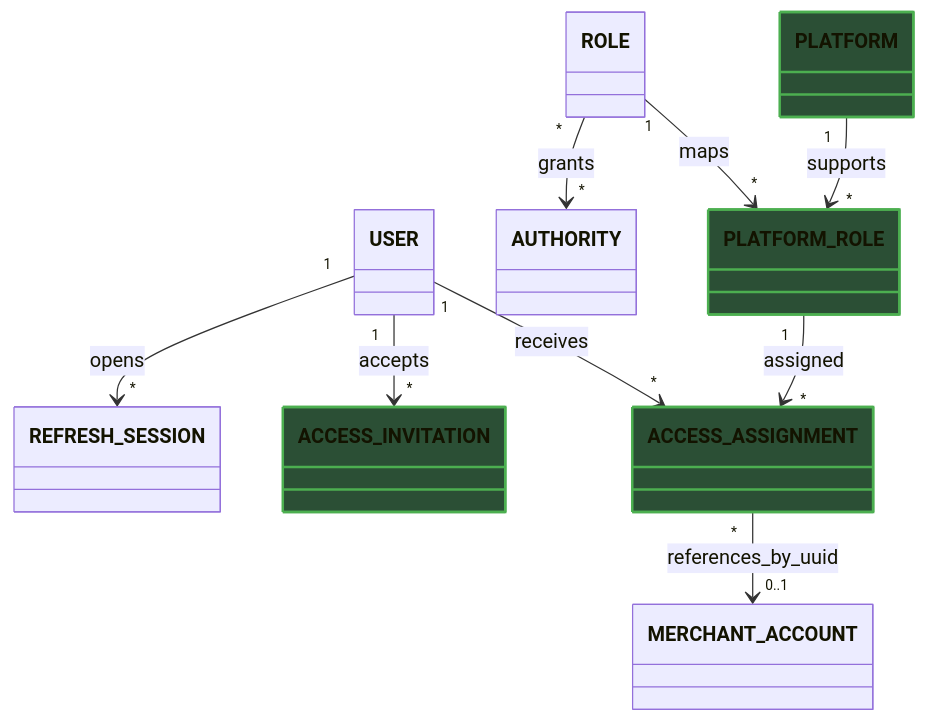
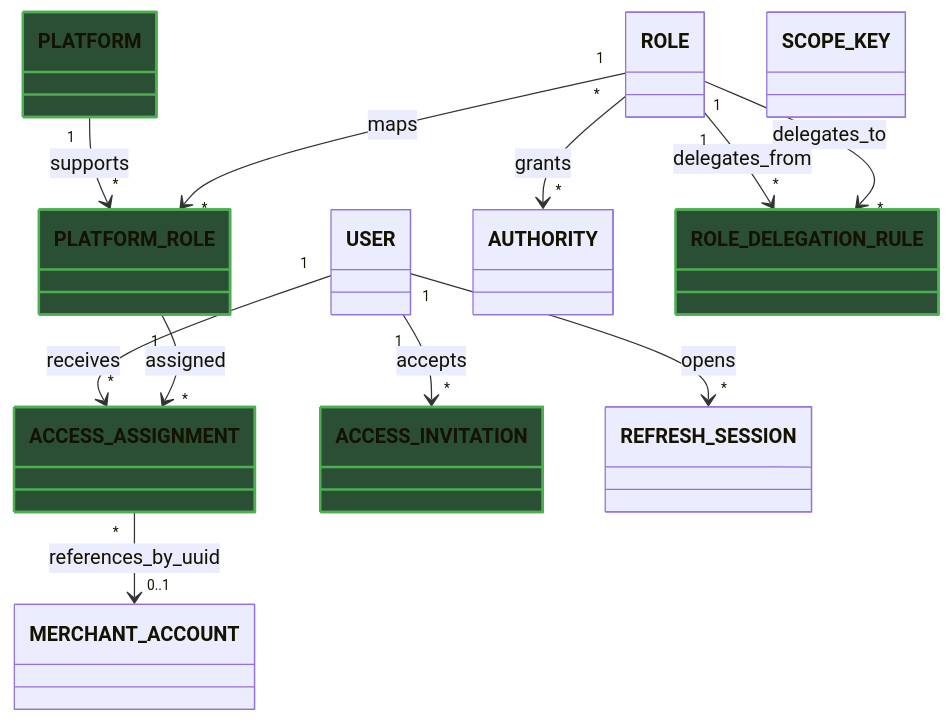
The first of 2 diagrams in docs/identity/architecture/ADR-003_platform-scopes.md (khinemyaezin/grab), drawn with Mermaid before and after one commit. The commit also changed other lines of this file and 1 other file, not shown here.

Commit message:
refactor: decouple identity from business domains using namespaced scope keys and persisted delegation policies

````diff
--- a/docs/identity/architecture/ADR-003_platform-scopes.md
+++ b/docs/identity/architecture/ADR-003_platform-scopes.md
@@ -60,26 +58,31 @@
 ```mermaid
 classDiagram
   class USER
   class ACCESS_ASSIGNMENT
   class PLATFORM
   class PLATFORM_ROLE
   class ROLE
   class AUTHORITY
   class ACCESS_INVITATION
   class REFRESH_SESSION
+  class SCOPE_KEY
+  class ROLE_DELEGATION_RULE
   class MERCHANT_ACCOUNT
 
   USER "1" --> "*" ACCESS_ASSIGNMENT : receives
   PLATFORM "1" --> "*" PLATFORM_ROLE : supports
   ROLE "1" --> "*" PLATFORM_ROLE : maps
+  ROLE "1" --> "*" ROLE_DELEGATION_RULE : delegates_from
+  ROLE "1" --> "*" ROLE_DELEGATION_RULE : delegates_to
   ROLE "*" --> "*" AUTHORITY : grants
   PLATFORM_ROLE "1" --> "*" ACCESS_ASSIGNMENT : assigned
   USER "1" --> "*" ACCESS_INVITATION : accepts
   USER "1" --> "*" REFRESH_SESSION : opens
   ACCESS_ASSIGNMENT "*" --> "0..1" MERCHANT_ACCOUNT : references_by_uuid
 
   style ACCESS_ASSIGNMENT fill:#2B4F35,stroke:#4caf50,stroke-width:2px
   style PLATFORM fill:#2B4F35,stroke:#4caf50,stroke-width:2px
   style PLATFORM_ROLE fill:#2B4F35,stroke:#4caf50,stroke-width:2px
   style ACCESS_INVITATION fill:#2B4F35,stroke:#4caf50,stroke-width:2px
+  style ROLE_DELEGATION_RULE fill:#2B4F35,stroke:#4caf50,stroke-width:2px
 ```
````
